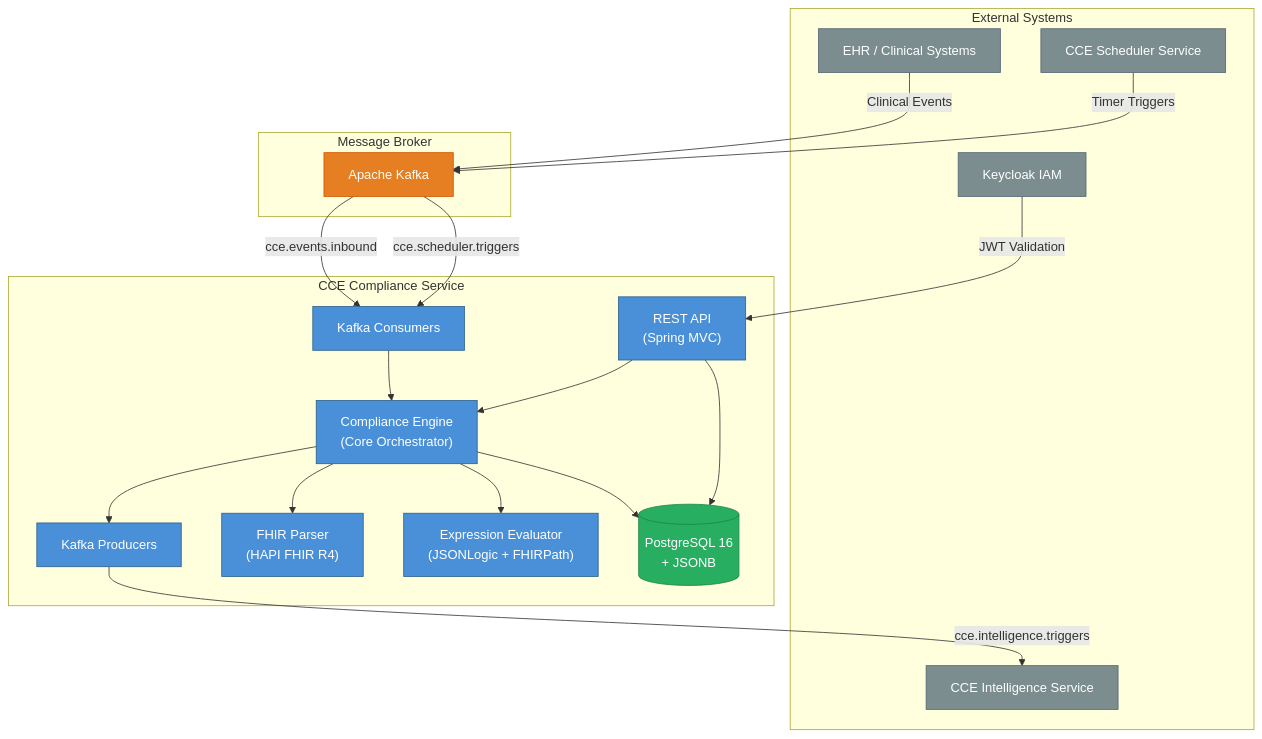
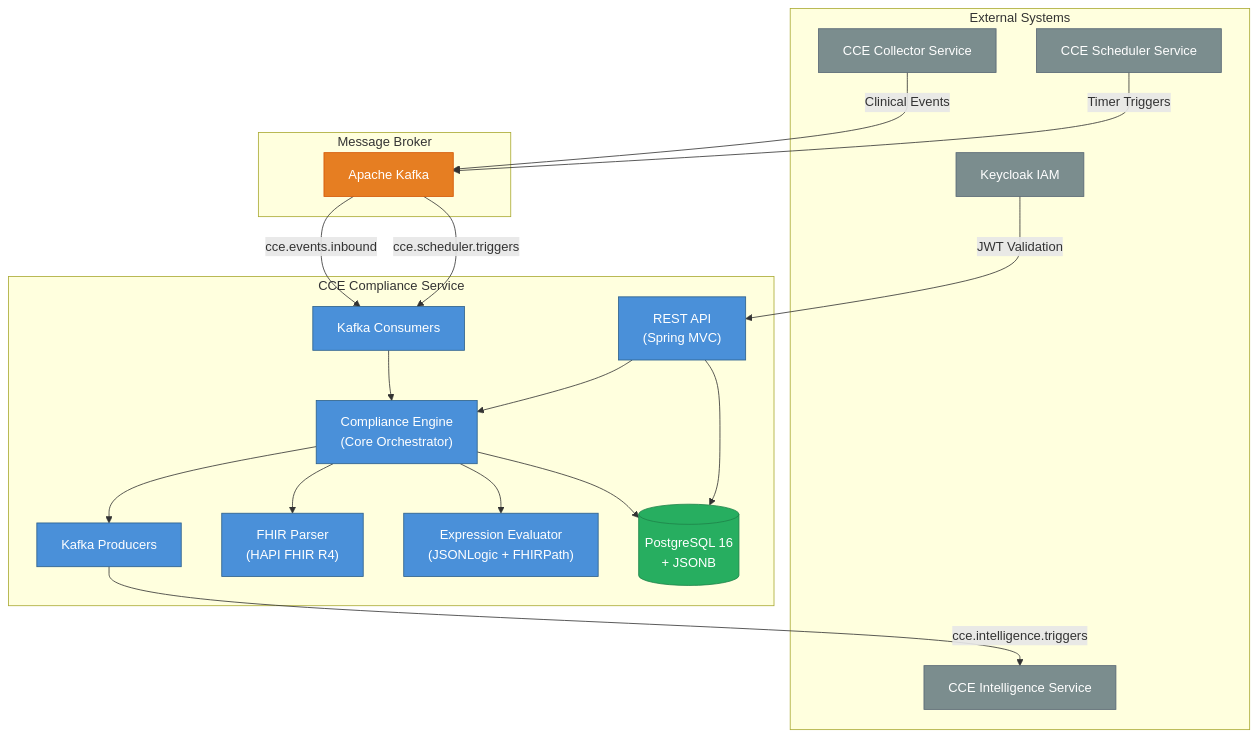
The first of 3 diagrams in docs/architecture-overview.md (Jayaprakash8887/cce-compliance-service), drawn with Mermaid before and after one commit. The commit also changed other lines of this file, not shown here.

Commit message:
Feat #CCE-64: Service Design Documents
architecture diagram update

````diff
--- a/docs/architecture-overview.md
+++ b/docs/architecture-overview.md
@@ -7,47 +7,47 @@
 ```mermaid
 graph TB
     subgraph External Systems
         INTEL["CCE Intelligence Service"]
-        EHR["EHR / Clinical Systems"]
+        EHR["CCE Collector Service"]
         SCHEDULER["CCE Scheduler Service"]
         KEYCLOAK["Keycloak IAM"]
     end
 
     subgraph CCE Compliance Service
         API["REST API<br/>(Spring MVC)"]
         ENGINE["Compliance Engine<br/>(Core Orchestrator)"]
         KAFKA_C["Kafka Consumers"]
         KAFKA_P["Kafka Producers"]
         FHIR["FHIR Parser<br/>(HAPI FHIR R4)"]
         EXPR["Expression Evaluator<br/>(JSONLogic + FHIRPath)"]
         DB[("PostgreSQL 16<br/>+ JSONB")]
     end
 
     subgraph Message Broker
         KAFKA["Apache Kafka"]
     end
 
     EHR -->|"Clinical Events"| KAFKA
     SCHEDULER -->|"Timer Triggers"| KAFKA
     KAFKA -->|"cce.events.inbound"| KAFKA_C
     KAFKA -->|"cce.scheduler.triggers"| KAFKA_C
     KAFKA_C --> ENGINE
     ENGINE --> FHIR
     ENGINE --> EXPR
     ENGINE --> DB
     ENGINE --> KAFKA_P
     KAFKA_P -->|"cce.intelligence.triggers"| INTEL
     API --> ENGINE
     API --> DB
     KEYCLOAK -->|"JWT Validation"| API
 
     classDef service fill:#4A90D9,stroke:#2C5F8A,color:white
     classDef external fill:#7B8D8E,stroke:#566573,color:white
     classDef data fill:#27AE60,stroke:#1E8449,color:white
     classDef broker fill:#E67E22,stroke:#D35400,color:white
 
     class API,ENGINE,KAFKA_C,KAFKA_P,FHIR,EXPR service
     class EHR,SCHEDULER,INTEL,KEYCLOAK external
     class DB data
     class KAFKA broker
 ```
````
